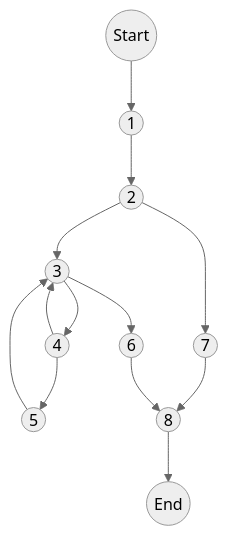
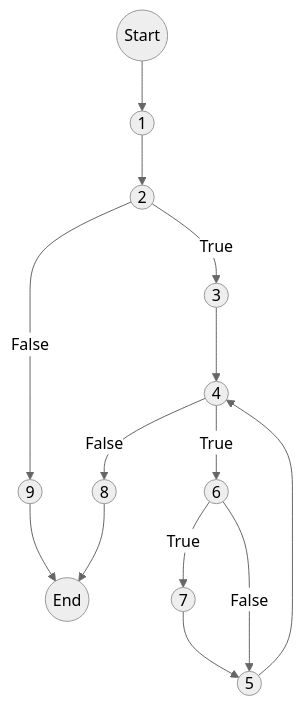
One commit to tienminhvy/ghnotes changed the first of 4 diagrams in _posts/2023-11-29-KTPM.md. Above: the diagram before and after it, drawn with Mermaid (neutral theme). The commit also changed other lines of this file, not shown here.

````diff
--- a/_posts/2023-11-29-KTPM.md
+++ b/_posts/2023-11-29-KTPM.md
@@ -77,20 +76,22 @@
 ```mermaid
 flowchart TD
 p0(("Start"))
 p1(("1"))
 p2(("2"))
 p3(("3"))
 p4(("4"))
 p5(("5"))
 p6(("6"))
 p7(("7"))
 p8(("8"))
+p9(("9"))
 pe(("End"))
-p0-->p1-->p2-->p3-->p4-->p5
-p2-->p7
-p4-->p3
-p5-->p3
-p3-->p6
-p7-->p8-->pe
-p6-->p8
+p0-->p1-->p2--False-->p9-->pe
+p2--True-->p3-->p4
+p4--False-->p8-->pe
+p4--True-->p6
+p6--True-->p7
+p7-->p5
+p6--False-->p5
+p5-->p4
 ```
````
